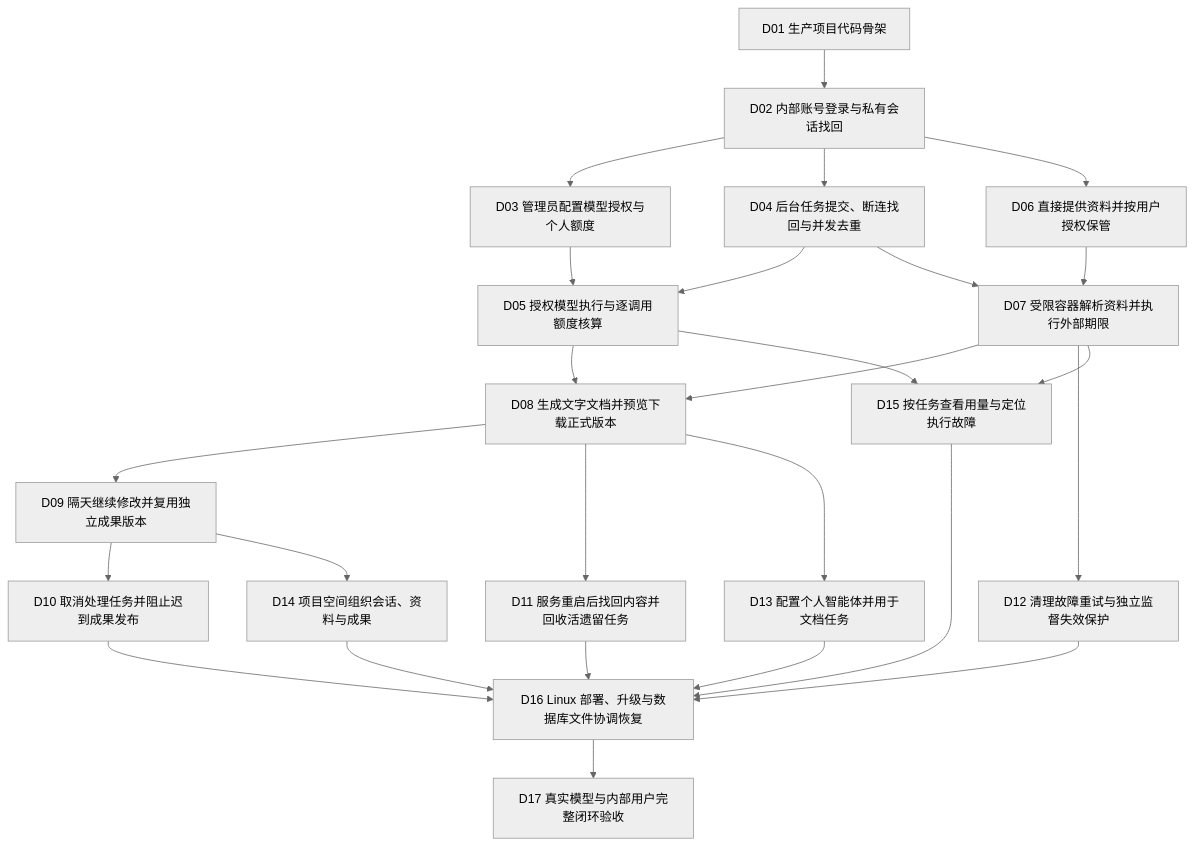
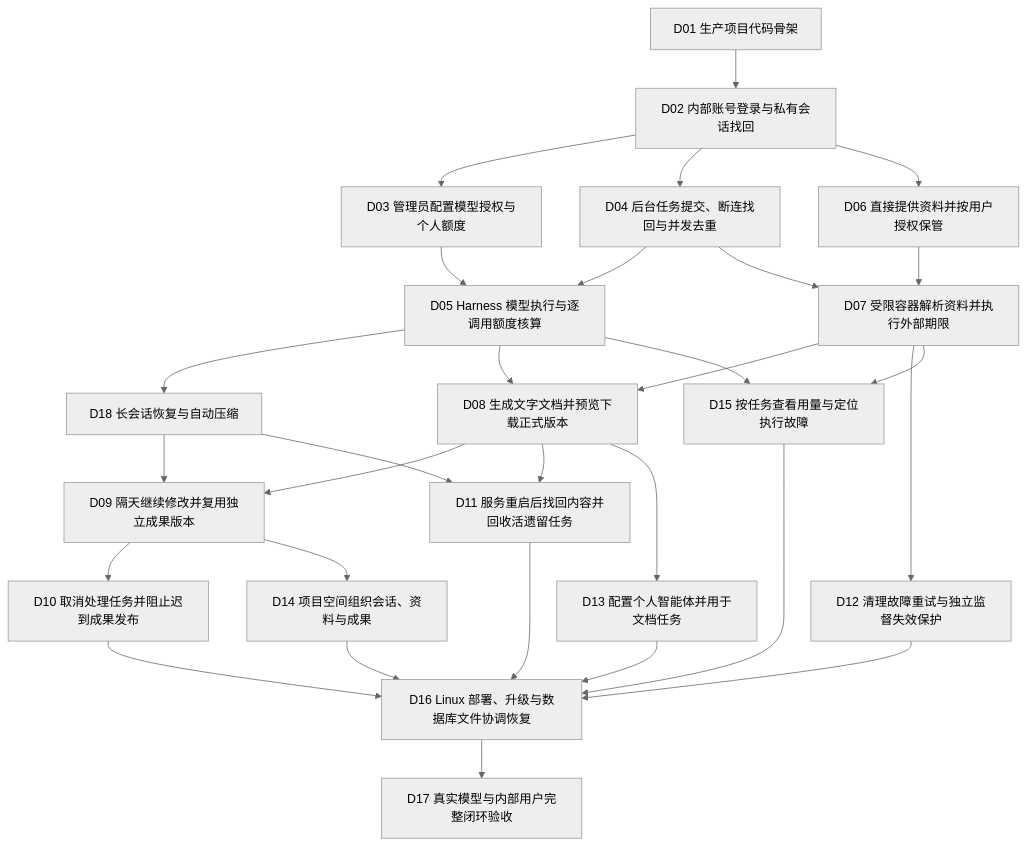
One commit to BurnerK/iWork changed the diagram in docs/web-first-release-tickets.md. Above: the diagram before and after it, drawn with Mermaid (neutral theme). The commit also changed other lines of this file and 10 other files, not shown here.

````diff
--- a/docs/web-first-release-tickets.md
+++ b/docs/web-first-release-tickets.md
@@ -67,45 +70,49 @@
 ```mermaid
 flowchart TD
   D01["D01 生产项目代码骨架"]
   D02["D02 内部账号登录与私有会话找回"]
   D03["D03 管理员配置模型授权与个人额度"]
   D04["D04 后台任务提交、断连找回与并发去重"]
-  D05["D05 授权模型执行与逐调用额度核算"]
+  D05["D05 Harness 模型执行与逐调用额度核算"]
   D06["D06 直接提供资料并按用户授权保管"]
   D07["D07 受限容器解析资料并执行外部期限"]
   D08["D08 生成文字文档并预览下载正式版本"]
   D09["D09 隔天继续修改并复用独立成果版本"]
   D10["D10 取消处理任务并阻止迟到成果发布"]
   D11["D11 服务重启后找回内容并回收活遗留任务"]
   D12["D12 清理故障重试与独立监督失效保护"]
   D13["D13 配置个人智能体并用于文档任务"]
   D14["D14 项目空间组织会话、资料与成果"]
   D15["D15 按任务查看用量与定位执行故障"]
   D16["D16 Linux 部署、升级与数据库文件协调恢复"]
   D17["D17 真实模型与内部用户完整闭环验收"]
+  D18["D18 长会话恢复与自动压缩"]
+  D05 --> D18
+  D18 --> D09
+  D18 --> D11
   D01 --> D02
   D02 --> D03
   D02 --> D04
   D03 --> D05
   D04 --> D05
   D02 --> D06
   D04 --> D07
   D06 --> D07
   D05 --> D08
   D07 --> D08
   D08 --> D09
   D09 --> D10
   D08 --> D11
   D07 --> D12
   D08 --> D13
   D09 --> D14
   D05 --> D15
   D07 --> D15
   D10 --> D16
   D11 --> D16
   D12 --> D16
   D13 --> D16
   D14 --> D16
   D15 --> D16
   D16 --> D17
 ```
````
